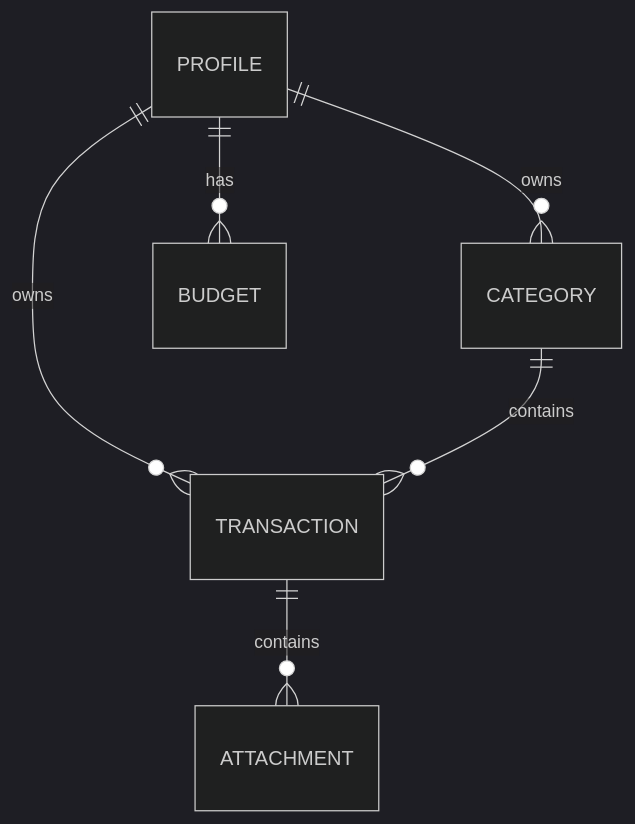
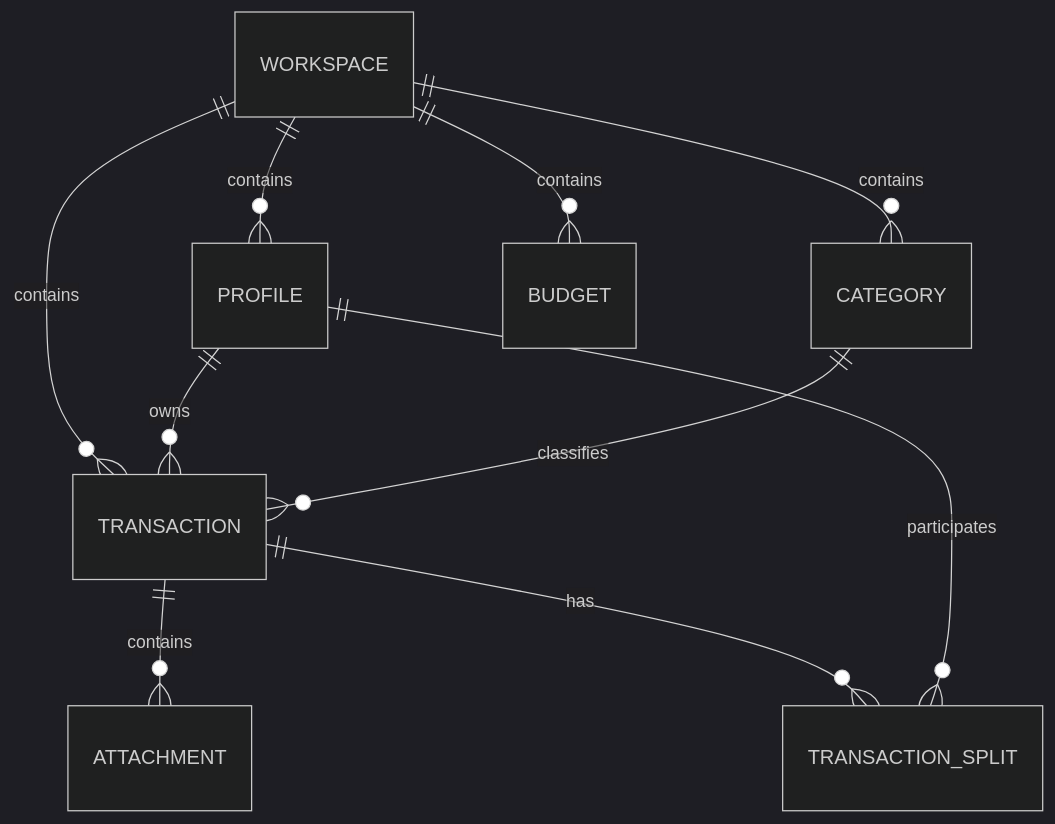
Before and after one commit to Project-Summa/summa-docs: the diagram in phase-0/02_DATABASE.md, drawn with Mermaid (dark theme). The commit also changed other lines of this file and 7 other files, not shown here.

````diff
--- a/phase-0/02_DATABASE.md
+++ b/phase-0/02_DATABASE.md
@@ -194,13 +200,21 @@
 ```mermaid
 erDiagram
 
-PROFILE ||--o{ CATEGORY : owns
+WORKSPACE ||--o{ PROFILE : contains
+
+WORKSPACE ||--o{ CATEGORY : contains
+
+WORKSPACE ||--o{ TRANSACTION : contains
+
+WORKSPACE ||--o{ BUDGET : contains
 
 PROFILE ||--o{ TRANSACTION : owns
 
-CATEGORY ||--o{ TRANSACTION : contains
-
-PROFILE ||--o{ BUDGET : has
+CATEGORY ||--o{ TRANSACTION : classifies
 
 TRANSACTION ||--o{ ATTACHMENT : contains
+
+TRANSACTION ||--o{ TRANSACTION_SPLIT : has
+
+PROFILE ||--o{ TRANSACTION_SPLIT : participates
 ```
````
